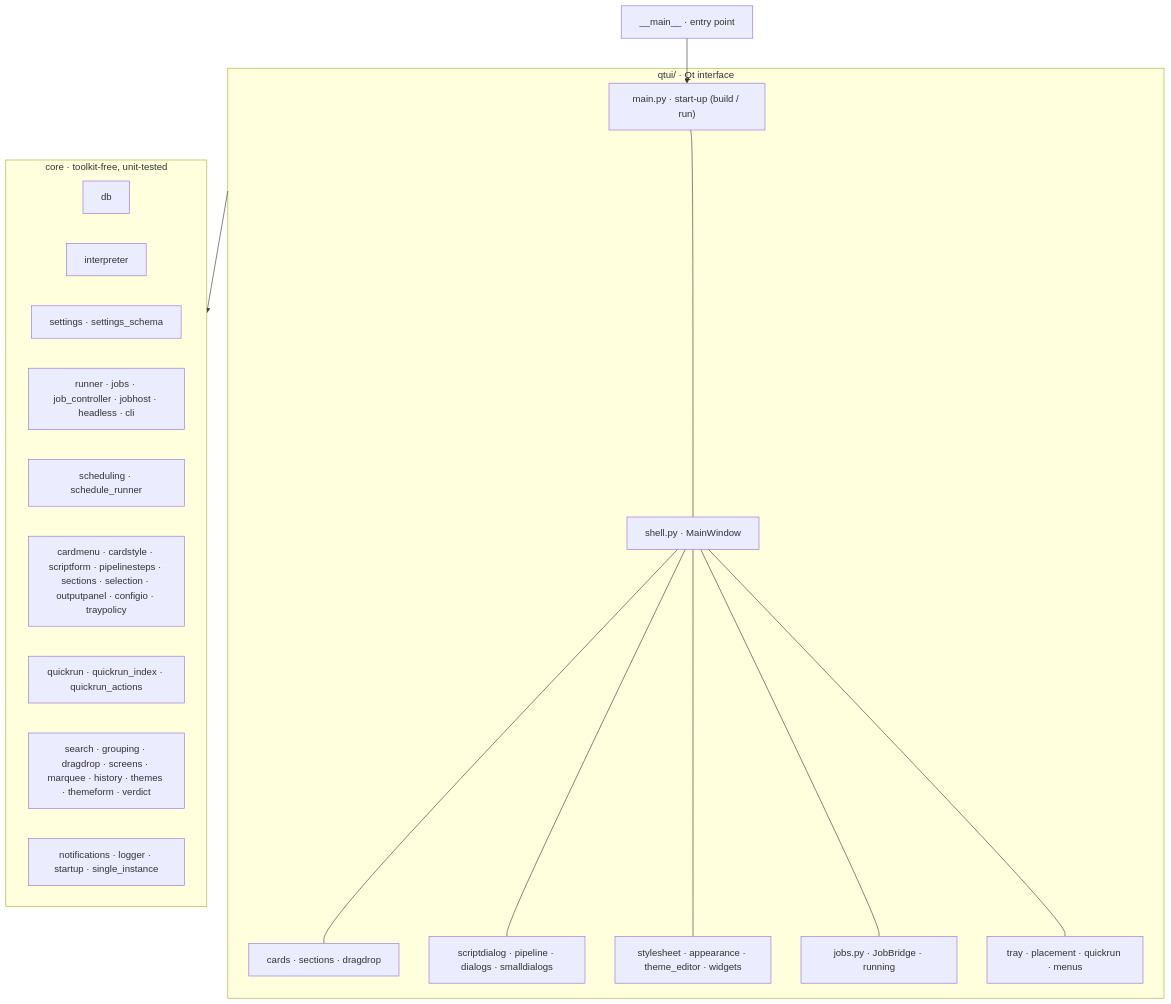
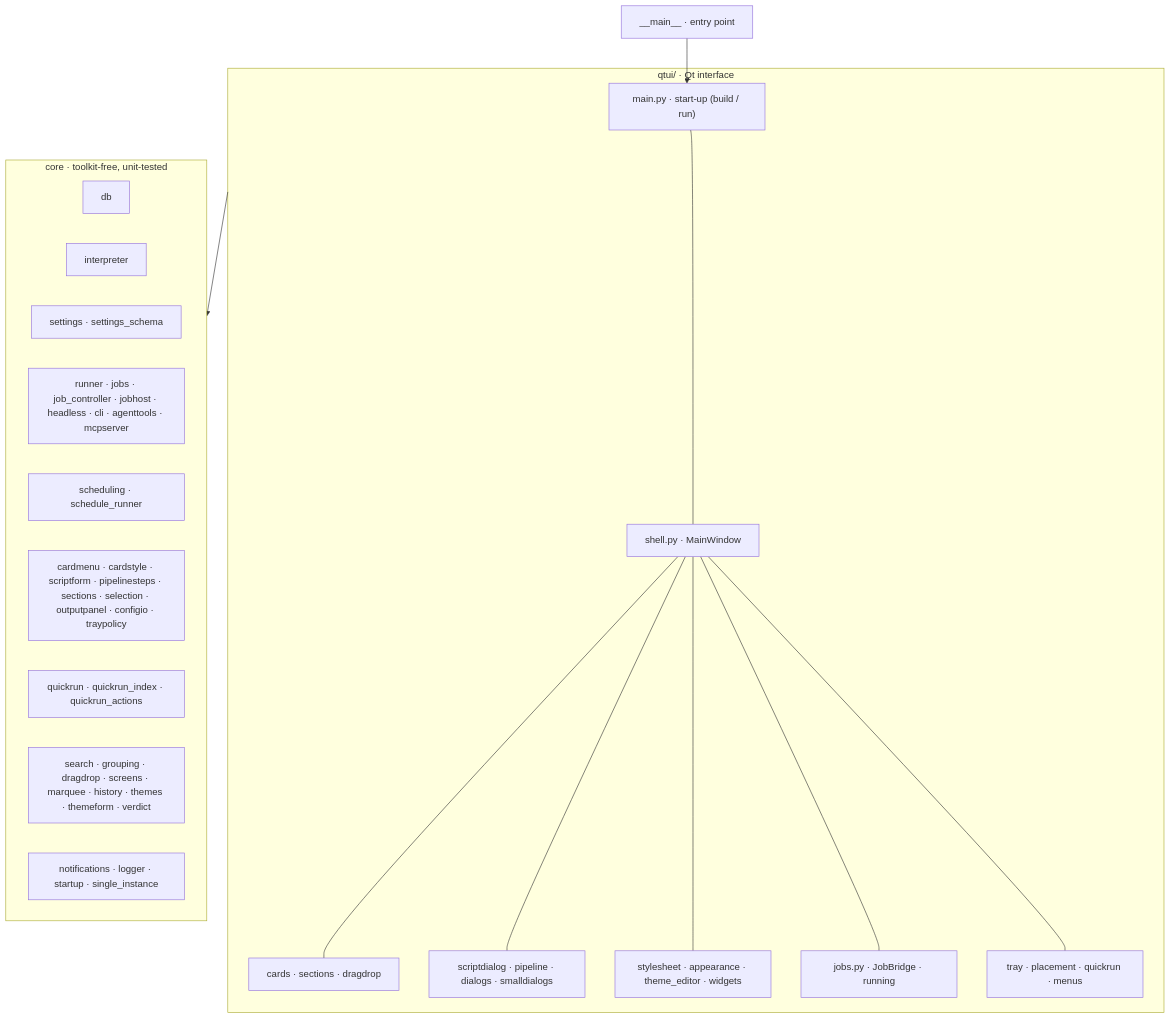
The diagram in docs/ARCHITECTURE.md (lqvu-zen/RYOS), drawn with Mermaid before and after one commit. The commit also changed other lines of this file and 12 other files, not shown here.

````diff
--- a/docs/ARCHITECTURE.md
+++ b/docs/ARCHITECTURE.md
@@ -8,34 +8,34 @@
 ```mermaid
 flowchart TD
     main["__main__ · entry point"] --> qtmain
 
     subgraph ui["qtui/ · Qt interface"]
         qtmain["main.py · start-up (build / run)"]
         shell["shell.py · MainWindow"]
         cards["cards · sections · dragdrop"]
         dialogs["scriptdialog · pipeline · dialogs · smalldialogs"]
         look["stylesheet · appearance · theme_editor · widgets"]
         bridge["jobs.py · JobBridge · running"]
         tray["tray · placement · quickrun · menus"]
         qtmain --- shell
         shell --- cards
         shell --- dialogs
         shell --- look
         shell --- bridge
         shell --- tray
     end
 
     subgraph core["core · toolkit-free, unit-tested"]
         db["db"]
         interpreter["interpreter"]
         settings["settings · settings_schema"]
-        run["runner · jobs · job_controller · jobhost · headless · cli"]
+        run["runner · jobs · job_controller · jobhost · headless · cli · agenttools · mcpserver"]
         sched["scheduling · schedule_runner"]
         rules["cardmenu · cardstyle · scriptform · pipelinesteps · sections · selection · outputpanel · configio · traypolicy"]
         quickrun["quickrun · quickrun_index · quickrun_actions"]
         misc["search · grouping · dragdrop · screens · marquee · history · themes · themeform · verdict"]
         infra["notifications · logger · startup · single_instance"]
     end
 
     ui --> core
 ```
````
